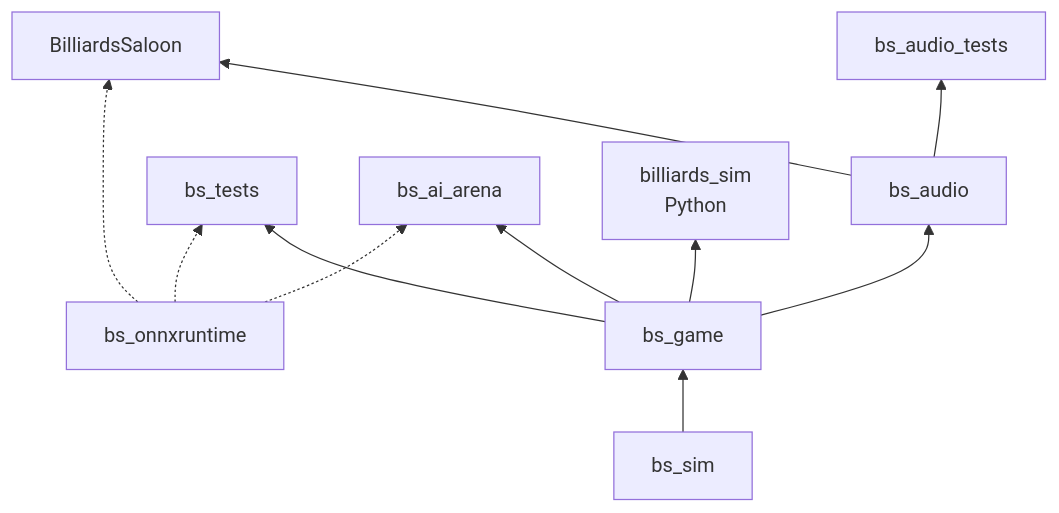
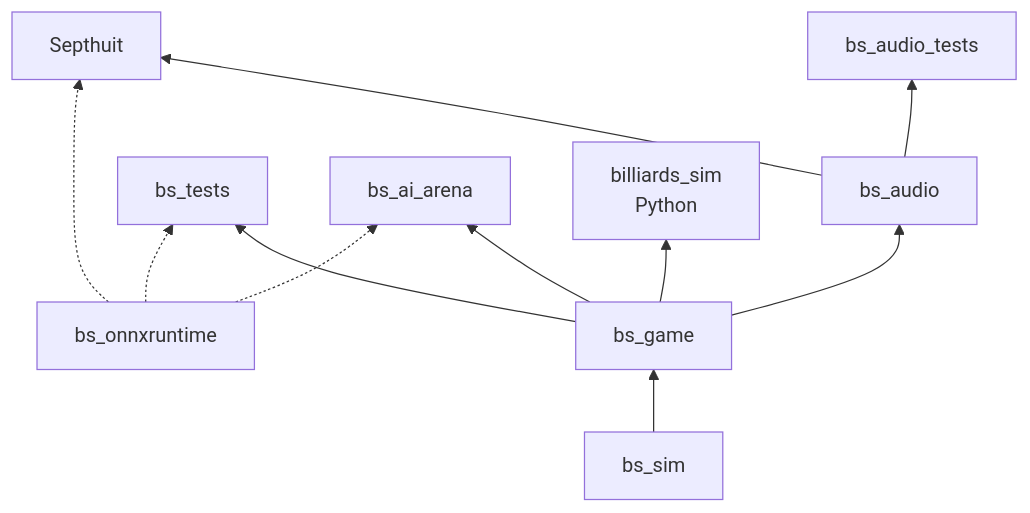
One commit to YoussefSah05/BillardsSaloon-GL changed the diagram in docs/ARCHITECTURE.md. Above: the diagram before and after it, drawn with Mermaid. The commit also changed other lines of this file and 201 other files, not shown here.

````diff
--- a/docs/ARCHITECTURE.md
+++ b/docs/ARCHITECTURE.md
@@ -19,13 +19,13 @@
 ```mermaid
 flowchart BT
     sim[bs_sim] --> game[bs_game]
     game --> audio[bs_audio]
-    audio --> exe[BilliardsSaloon]
+    audio --> exe[Septhuit]
     game --> tests[bs_tests]
     audio --> atests[bs_audio_tests]
     game --> arena[bs_ai_arena]
     game --> py[billiards_sim<br/>Python]
     ort[bs_onnxruntime] -.-> exe
     ort -.-> arena
     ort -.-> tests
 ```
````
